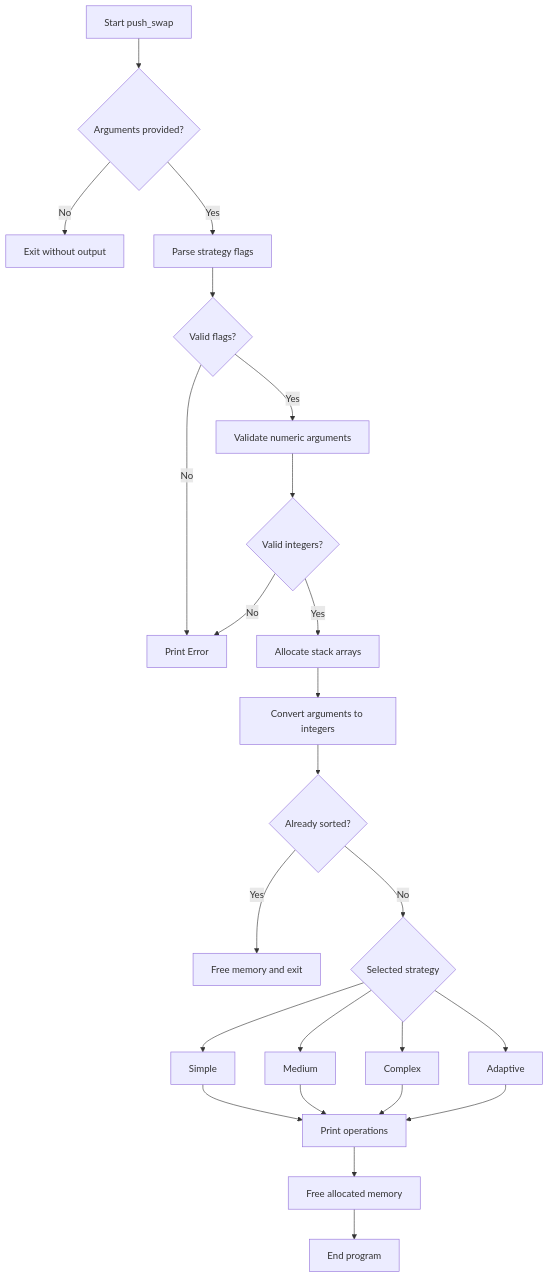
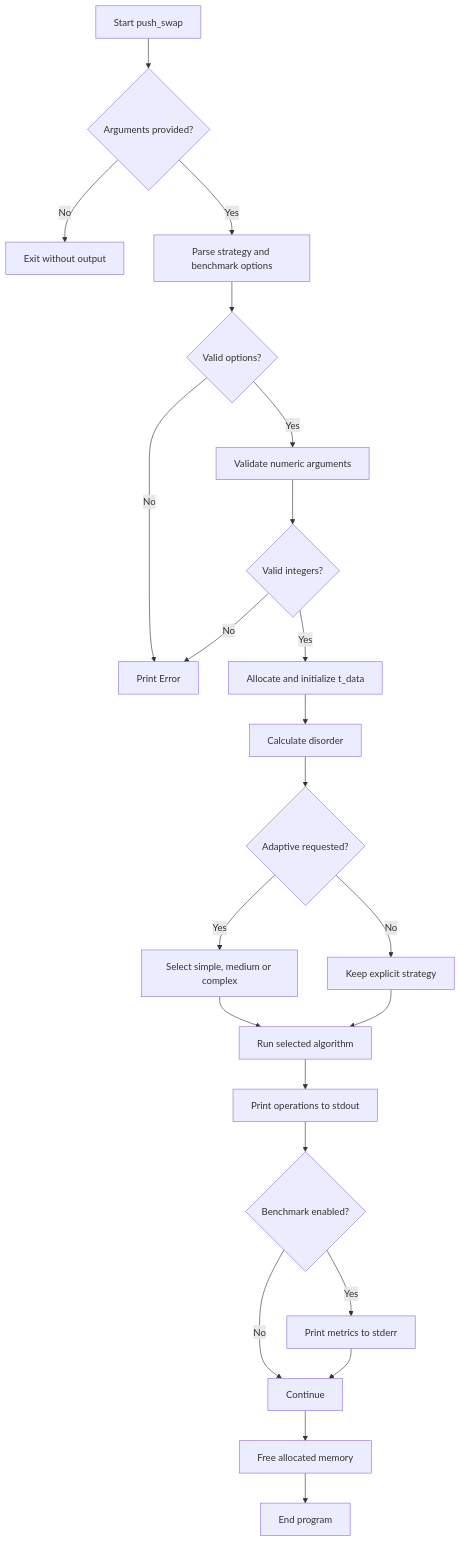
One commit to lorena-damas/push_swap changed the fifth of 5 diagrams in README.md. Above: the diagram before and after it, drawn with Mermaid. The commit also changed other lines of this file and 3 other files, not shown here.

````diff
--- a/README.md
+++ b/README.md
@@ -829,34 +880,32 @@
 ```mermaid
 flowchart TD
     A[Start push_swap] --> B{Arguments provided?}
 
     B -- No --> Z[Exit without output]
-    B -- Yes --> C[Parse strategy flags]
+    B -- Yes --> C[Parse strategy and benchmark options]
 
-    C --> D{Valid flags?}
+    C --> D{Valid options?}
     D -- No --> E[Print Error]
     D -- Yes --> F[Validate numeric arguments]
 
     F --> G{Valid integers?}
     G -- No --> E
-    G -- Yes --> H[Allocate stack arrays]
+    G -- Yes --> H[Allocate and initialize t_data]
 
-    H --> I[Convert arguments to integers]
-    I --> J{Already sorted?}
+    H --> I[Calculate disorder]
+    I --> J{Adaptive requested?}
 
-    J -- Yes --> K[Free memory and exit]
-    J -- No --> L{Selected strategy}
+    J -- Yes --> K[Select simple, medium or complex]
+    J -- No --> L[Keep explicit strategy]
 
-    L --> M[Simple]
-    L --> N[Medium]
-    L --> O[Complex]
-    L --> P[Adaptive]
+    K --> M[Run selected algorithm]
+    L --> M
+    M --> N[Print operations to stdout]
+    N --> O{Benchmark enabled?}
 
-    M --> Q[Print operations]
-    N --> Q
-    O --> Q
+    O -- Yes --> P[Print metrics to stderr]
+    O -- No --> Q[Continue]
     P --> Q
-
     Q --> R[Free allocated memory]
     R --> S[End program]
 ```
````
